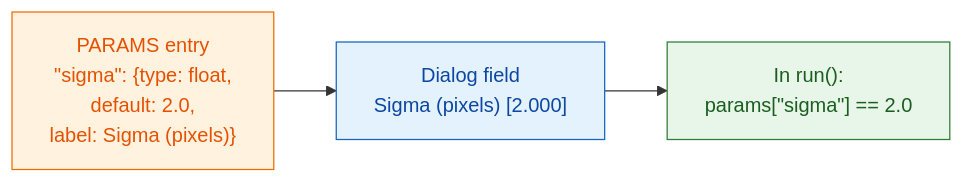
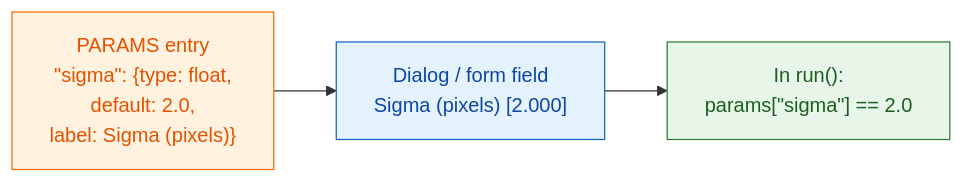
One commit to Oxford-Zeiss-Centre-of-Excellence/Wavu changed the diagram in guide/write/params.md. Above: the diagram before and after it, drawn with Mermaid. The commit also changed other lines of this file and 70 other files, not shown here.

````diff
--- a/guide/write/params.md
+++ b/guide/write/params.md
@@ -11,11 +12,11 @@
 ```mermaid
 flowchart LR
     P["PARAMS entry<br/>&quot;sigma&quot;: {type: float,<br/>default: 2.0,<br/>label: Sigma (pixels)}"]:::script
-    D["Dialog field<br/>Sigma (pixels) [2.000]"]:::fiji
+    D["Dialog / form field<br/>Sigma (pixels) [2.000]"]:::fiji
     R["In run():<br/>params[&quot;sigma&quot;] == 2.0"]:::worker
     P --> D --> R
 
     classDef fiji   fill:#e3f2fd,stroke:#1565c0,color:#0d47a1
     classDef worker fill:#e8f5e9,stroke:#2e7d32,color:#1b5e20
     classDef script fill:#fff3e0,stroke:#ef6c00,color:#e65100
 ```
````
